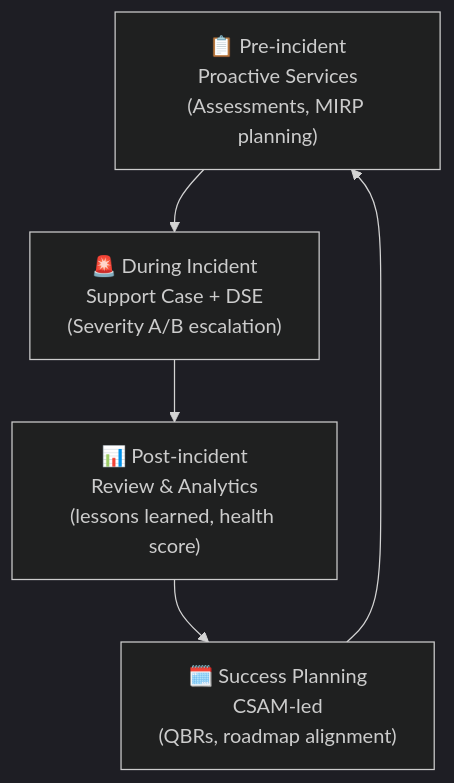
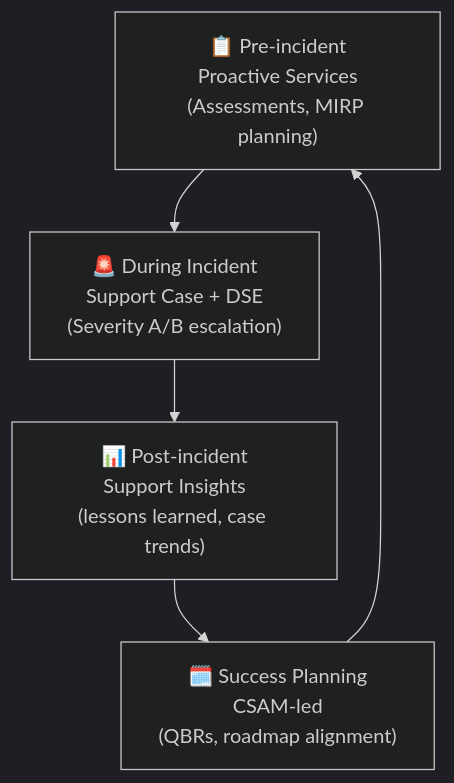
The third of 3 diagrams in 00-overview.md (marcogrimaldi29/engage-center-notes), drawn with Mermaid before and after one commit. The commit also changed other lines of this file and 7 other files, not shown here.

````diff
--- a/00-overview.md
+++ b/00-overview.md
@@ -117,10 +118,10 @@
 ```mermaid
 %%{init: {"theme":"dark"}}%%
 flowchart TD
     PRE["📋 Pre-incident\nProactive Services\n(Assessments, MIRP planning)"]
     DURING["🚨 During Incident\nSupport Case + DSE\n(Severity A/B escalation)"]
-    POST["📊 Post-incident\nReview & Analytics\n(lessons learned, health score)"]
+    POST["📊 Post-incident\nSupport Insights\n(lessons learned, case trends)"]
     PLAN["🗓️ Success Planning\nCSAM-led\n(QBRs, roadmap alignment)"]
 
     PLAN --> PRE --> DURING --> POST --> PLAN
 ```
````
